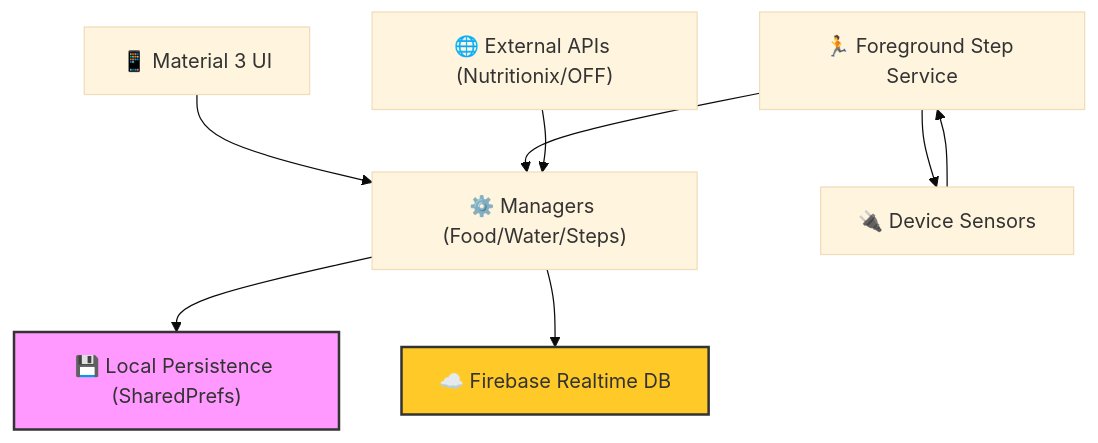
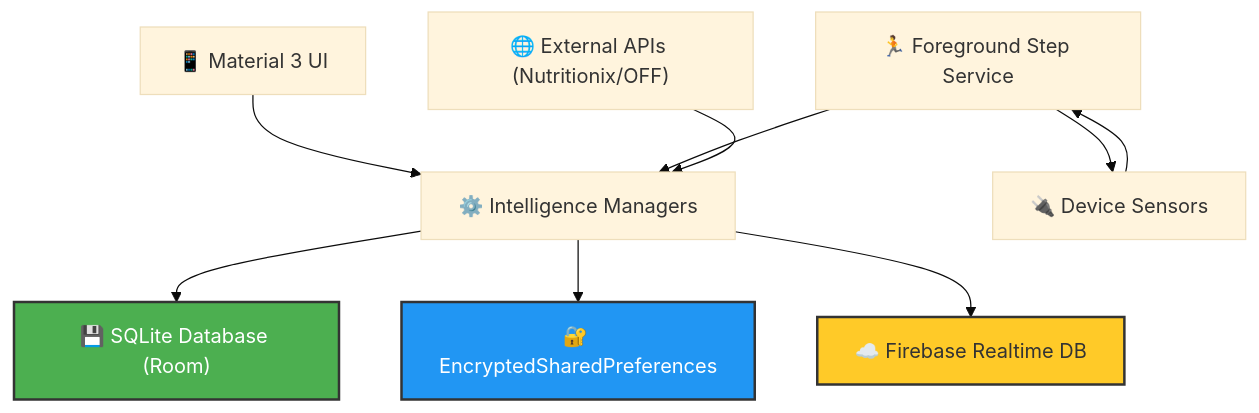
The diagram in README.md (pranavbairollu/FitSathi), drawn with Mermaid (base theme) before and after one commit. The commit also changed other lines of this file, not shown here.

Commit message:
docs: update README with Room migration and centered logo

````diff
--- a/README.md
+++ b/README.md
@@ -52,15 +51,17 @@
 ```mermaid
 graph TD
-    UI["📱 Material 3 UI"] --> VM["⚙️ Managers (Food/Water/Steps)"]
-    VM --> Local["💾 Local Persistence (SharedPrefs)"]
+    UI["📱 Material 3 UI"] --> VM["⚙️ Intelligence Managers"]
+    VM --> Room["💾 SQLite Database (Room)"]
+    VM --> Secure["🔐 EncryptedSharedPreferences"]
     VM --> Cloud["☁️ Firebase Realtime DB"]
     
     Service["🏃 Foreground Step Service"] --> Hardware["🔌 Device Sensors"]
     Hardware --> Service
     Service --> VM
     
     API["🌐 External APIs (Nutritionix/OFF)"] --> VM
     
-    style Local fill:#f9f,stroke:#333,stroke-width:2px
+    style Room fill:#4CAF50,stroke:#333,stroke-width:2px,color:#fff
+    style Secure fill:#2196F3,stroke:#333,stroke-width:2px,color:#fff
     style Cloud fill:#ffca28,stroke:#333,stroke-width:2px
 ```
````
